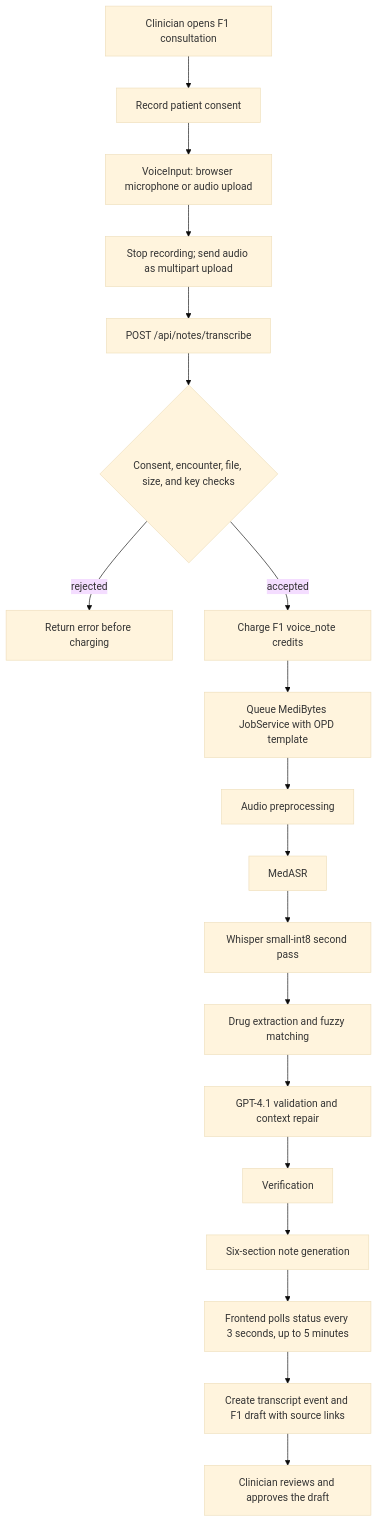
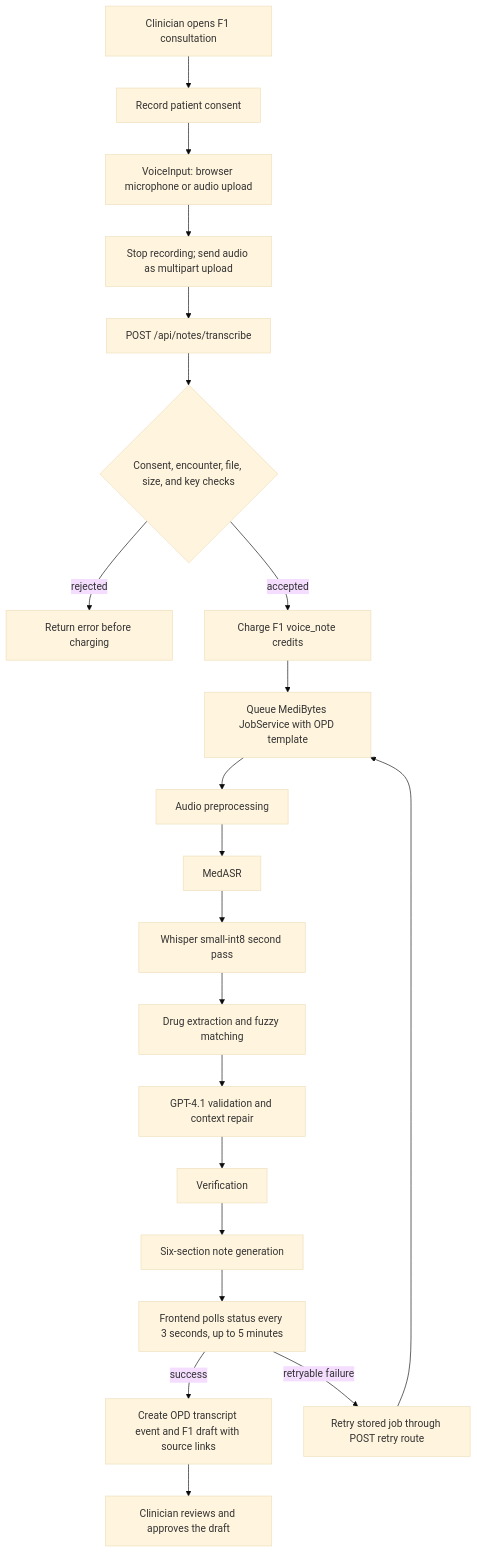
The diagram in reports/voice-pipeline-rollout-execution.md (medibytesinternational-netizen/simple-demo), drawn with Mermaid (base theme) before and after one commit. The commit also changed other lines of this file and 9 other files, not shown here.

Commit message:
fix: retry failed OPD voice jobs without extra credits

````diff
--- a/reports/voice-pipeline-rollout-execution.md
+++ b/reports/voice-pipeline-rollout-execution.md
@@ -19,21 +20,23 @@
 ```mermaid
 flowchart TD
   A[Clinician opens F1 consultation] --> B[Record patient consent]
   B --> C[VoiceInput: browser microphone or audio upload]
   C --> D[Stop recording; send audio as multipart upload]
   D --> E[POST /api/notes/transcribe]
   E --> F{Consent, encounter, file, size, and key checks}
   F -->|rejected| X[Return error before charging]
   F -->|accepted| G[Charge F1 voice_note credits]
   G --> H[Queue MediBytes JobService with OPD template]
   H --> I[Audio preprocessing]
   I --> J[MedASR]
   J --> K[Whisper small-int8 second pass]
   K --> L[Drug extraction and fuzzy matching]
   L --> M[GPT-4.1 validation and context repair]
   M --> N[Verification]
   N --> O[Six-section note generation]
   O --> P[Frontend polls status every 3 seconds, up to 5 minutes]
-  P --> Q[Create transcript event and F1 draft with source links]
+  P -->|success| Q[Create OPD transcript event and F1 draft with source links]
+  P -->|retryable failure| S[Retry stored job through POST retry route]
+  S --> H
   Q --> R[Clinician reviews and approves the draft]
 ```
````
